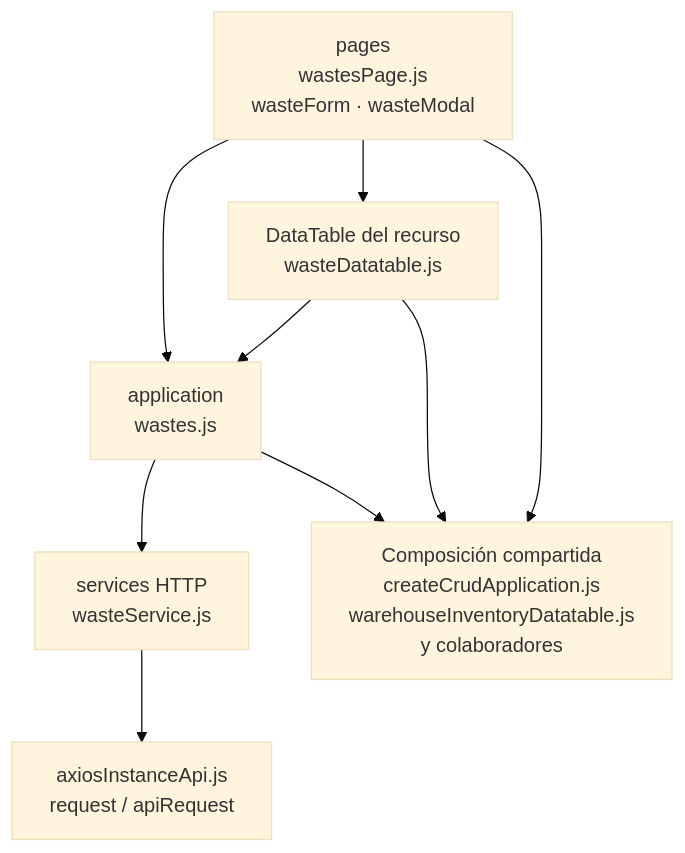
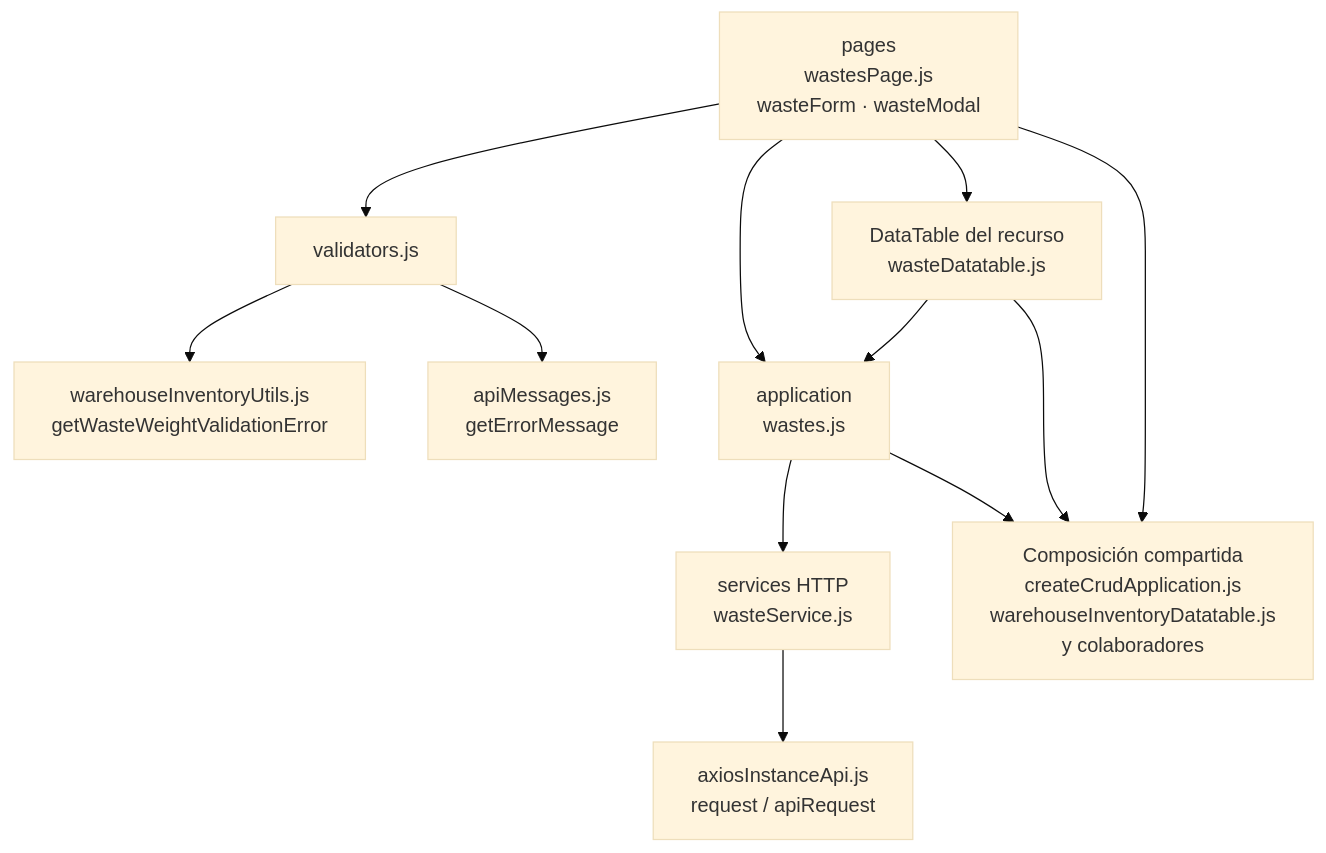
Before and after one commit to gpgsistemas01/nexus: the diagram in docs/architecture/views/development/frontend-technical-documentation/11-wastes-code.md, drawn with Mermaid (base theme). The commit also changed other lines of this file and 23 other files, not shown here.

Commit message:
fix(waste): align unit weight validation across browser and backend

````diff
--- a/docs/architecture/views/development/frontend-technical-documentation/11-wastes-code.md
+++ b/docs/architecture/views/development/frontend-technical-documentation/11-wastes-code.md
@@ -7,17 +7,23 @@
 ```mermaid
 flowchart TB
     P["pages<br/>wastesPage.js<br/>wasteForm · wasteModal"]
     A["application<br/>wastes.js"]
     R["services HTTP<br/>wasteService.js"]
     T["DataTable del recurso<br/>wasteDatatable.js"]
     U["Composición compartida<br/>createCrudApplication.js<br/>warehouseInventoryDatatable.js<br/>y colaboradores"]
+    Validation["validators.js"]
+    WeightRule["warehouseInventoryUtils.js<br/>getWasteWeightValidationError"]
+    Messages["apiMessages.js<br/>getErrorMessage"]
     H["axiosInstanceApi.js<br/>request / apiRequest"]
     A --> R
     A --> U
+    P --> Validation
+    Validation --> WeightRule
+    Validation --> Messages
     P --> A
     P --> T
     P --> U
     R --> H
     T --> A
     T --> U
 ```
````
